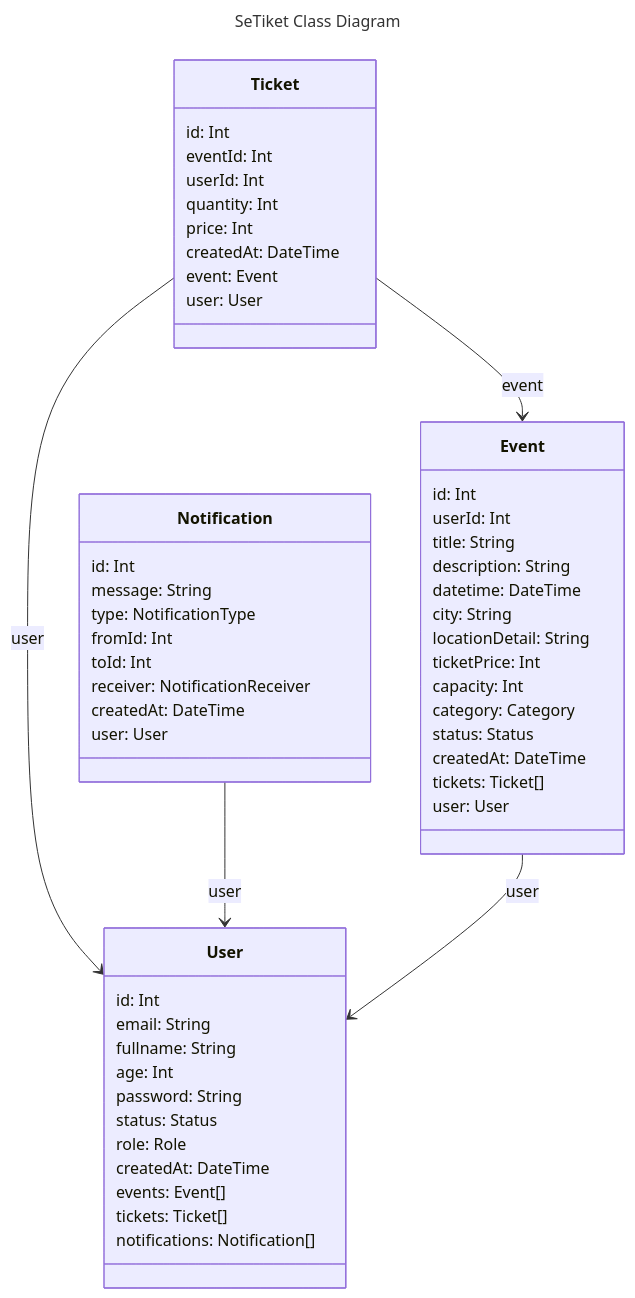
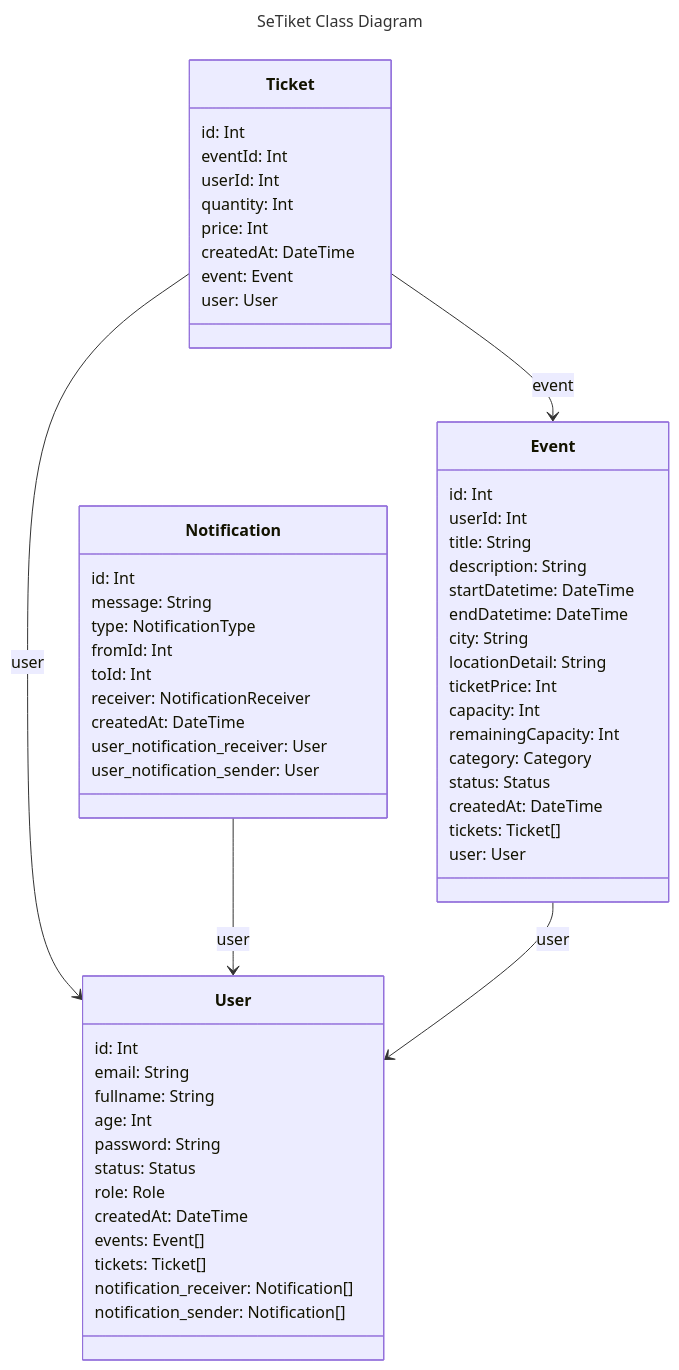
The diagram in docs/setiket-class-diagram.md (barudak-well/setiket), drawn with Mermaid before and after one commit. The commit also changed 1 other file, not shown here.

Commit message:
docs : updated diagrams

````diff
--- a/docs/setiket-class-diagram.md
+++ b/docs/setiket-class-diagram.md
@@ -1,64 +1,68 @@
 ```mermaid
 ---
 title: SeTiket Class Diagram
 ---
 classDiagram
   class Ticket {
     id: Int
     eventId: Int
     userId: Int
     quantity: Int
     price: Int
     createdAt: DateTime
     event: Event
     user: User
   }
 
   class User {
     id: Int
     email: String
     fullname: String
     age: Int
     password: String
     status: Status
     role: Role
     createdAt: DateTime
     events: Event[]
     tickets: Ticket[]
-    notifications: Notification[]
+    notification_receiver: Notification[]
+    notification_sender: Notification[]
   }
 
   class Notification {
     id: Int
     message: String
     type: NotificationType
     fromId: Int
     toId: Int
     receiver: NotificationReceiver
     createdAt: DateTime
-    user: User
+    user_notification_receiver: User
+    user_notification_sender: User
   }
 
   class Event {
     id: Int
     userId: Int
     title: String
     description: String
-    datetime: DateTime
+    startDatetime: DateTime
+    endDatetime: DateTime
     city: String
     locationDetail: String
     ticketPrice: Int
     capacity: Int
+    remainingCapacity: Int
     category: Category
     status: Status
     createdAt: DateTime
     tickets: Ticket[]
     user: User
   }
 
   Ticket --> User : user
   Ticket --> Event : event
   Notification --> User : user
   Event --> User : user
 
 ```
````
